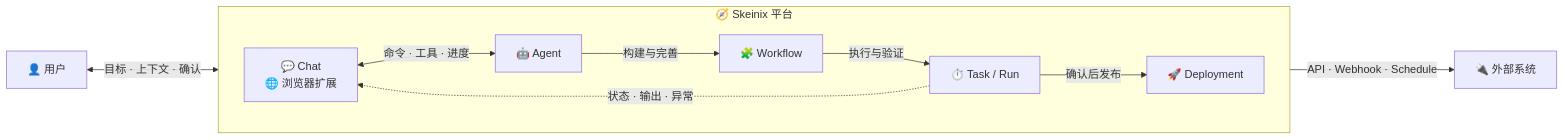
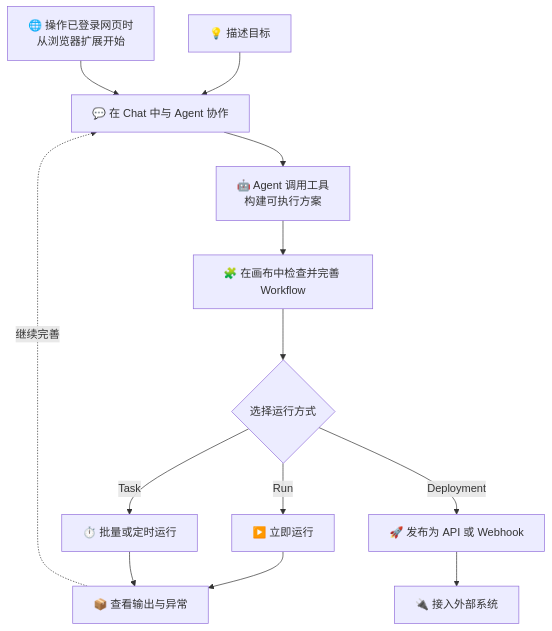
The diagram in README.zh-CN.md (LYuhang/Skeinix), drawn with Mermaid before and after one commit. The commit also changed 1 other file, not shown here.

Commit message:
docs: clarify the product usage flow

````diff
--- a/README.zh-CN.md
+++ b/README.zh-CN.md
@@ -133,23 +133,22 @@
 ```mermaid
-flowchart LR
-    H["👤 用户"]
+flowchart TB
+    G["💡 描述目标"]
+    B["🌐 操作已登录网页时<br/>从浏览器扩展开始"]
+    C["💬 在 Chat 中与 Agent 协作"]
+    A["🤖 Agent 调用工具<br/>构建可执行方案"]
+    W["🧩 在画布中检查并完善 Workflow"]
+    R{"选择运行方式"}
+    N["▶️ 立即运行"]
+    T["⏱️ 批量或定时运行"]
+    D["🚀 发布为 API 或 Webhook"]
+    O["📦 查看输出与异常"]
+    E["🔌 接入外部系统"]
 
-    subgraph P["🧭 Skeinix 平台"]
-        direction LR
-        I["💬 Chat<br/>🌐 浏览器扩展"]
-        A["🤖 Agent"]
-        W["🧩 Workflow"]
-        T["⏱️ Task / Run"]
-        D["🚀 Deployment"]
-    end
-
-    E["🔌 外部系统"]
-
-    H <-->|"目标 · 上下文 · 确认"| I
-    I <-->|"命令 · 工具 · 进度"| A
-    A -->|"构建与完善"| W
-    W -->|"执行与验证"| T
-    T -->|"确认后发布"| D
-    D -->|"API · Webhook · Schedule"| E
-    T -.->|"状态 · 输出 · 异常"| I
+    G --> C
+    B --> C
+    C --> A --> W --> R
+    R -->|Run| N --> O
+    R -->|Task| T --> O
+    R -->|Deployment| D --> E
+    O -.->|继续完善| C
 ```
````
